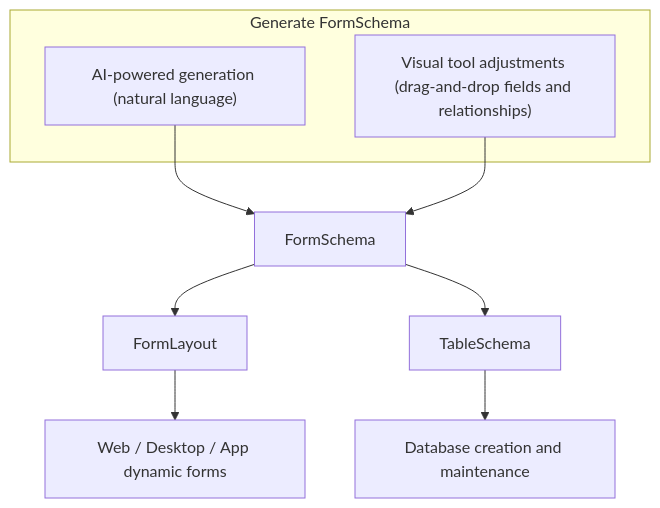
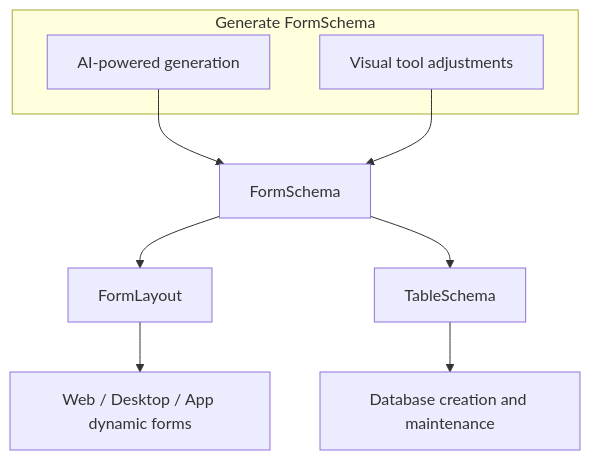
The first of 2 diagrams in docs/architecture-overview.md (jeff377/bee-library), drawn with Mermaid before and after one commit. The commit also changed 1 other file, not shown here.

Commit message:
docs(architecture): 精簡 FormSchema 生成流程圖節點標籤（中英同步）

````diff
--- a/docs/architecture-overview.md
+++ b/docs/architecture-overview.md
@@ -95,16 +95,16 @@
 ```mermaid
 graph TD
     subgraph Generate FormSchema
-        A1["AI-powered generation (natural language)"]
-        A2["Visual tool adjustments (drag-and-drop fields and relationships)"]
+        A1["AI-powered generation"]
+        A2["Visual tool adjustments"]
     end
 
     A1 --> FD["FormSchema"]
     A2 --> FD
 
     FD --> FL["FormLayout"]
     FD --> DT["TableSchema"]
 
     FL --> UI["Web / Desktop / App dynamic forms"]
     DT --> DB["Database creation and maintenance"]
 ```
````
